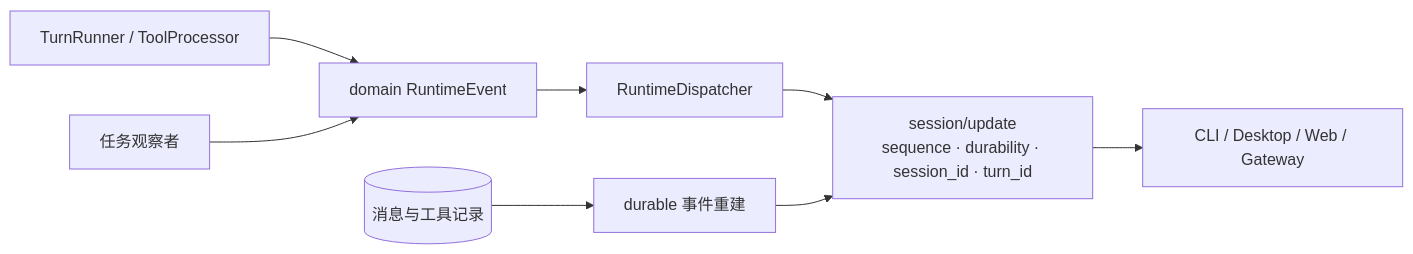
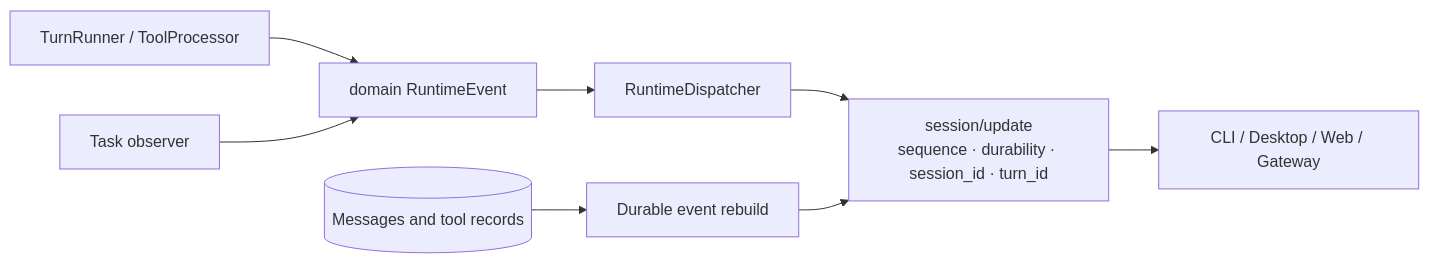
The diagram in docs/internals/01-runtime/event-system.md (Azzurroooo/rind), drawn with Mermaid before and after one commit. The commit also changed other lines of this file and 109 other files, not shown here.

```diff
--- a/docs/internals/01-runtime/event-system.md
+++ b/docs/internals/01-runtime/event-system.md
@@ -5,10 +7,10 @@
 ~~~mermaid
 flowchart LR
     RUN["TurnRunner / ToolProcessor"] --> EV["domain RuntimeEvent"]
-    TASK["任务观察者"] --> EV
+    TASK["Task observer"] --> EV
     EV --> DISP["RuntimeDispatcher"]
     DISP --> ENV["session/update<br/>sequence · durability · session_id · turn_id"]
     ENV --> UI["CLI / Desktop / Web / Gateway"]
-    STORE[("消息与工具记录")] --> REPLAY["durable 事件重建"]
+    STORE[("Messages and tool records")] --> REPLAY["Durable event rebuild"]
     REPLAY --> ENV
 ~~~
```
